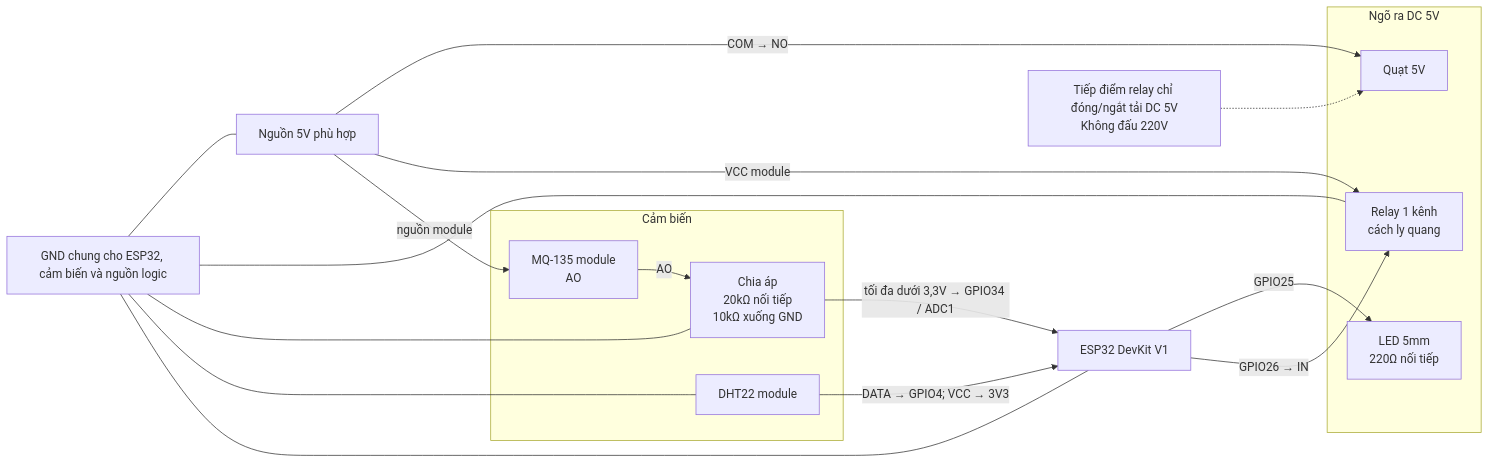
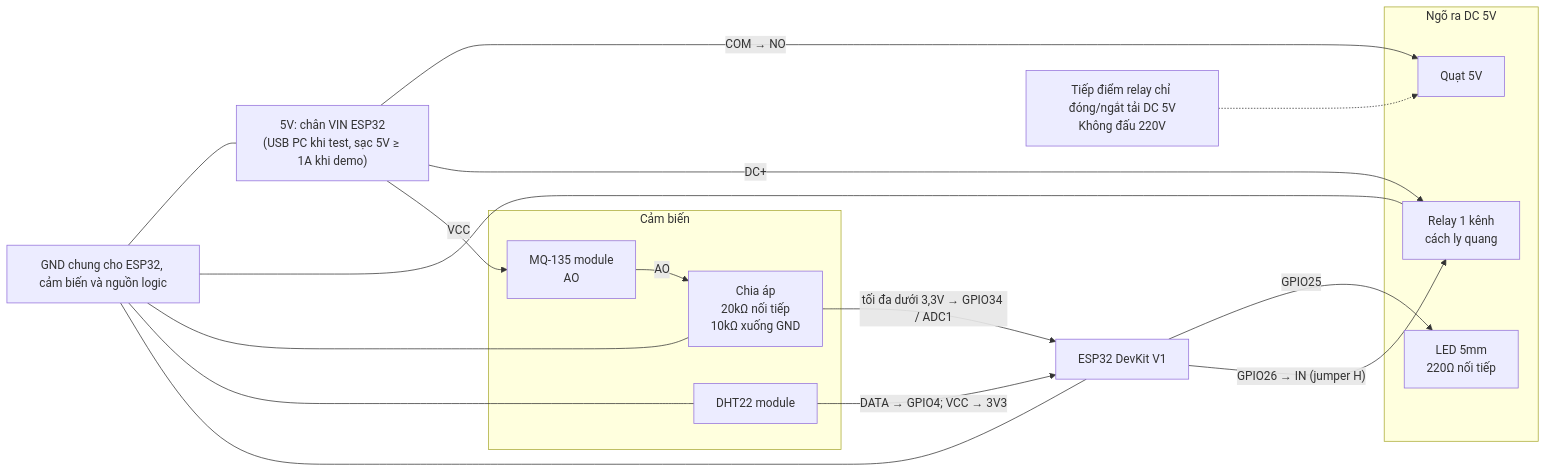
The diagram in hardware/wiring.mmd (Hafany1509/BTL-IOT_indoor-air-quality-iot), drawn with Mermaid before and after one commit. The commit also changed 5 other files, not shown here.

```diff
--- a/hardware/wiring.mmd
+++ b/hardware/wiring.mmd
@@ -1,29 +1,29 @@
 flowchart LR
     esp["ESP32 DevKit V1"]
 
     subgraph sensors["Cảm biến"]
         dht["DHT22 module"]
         mq["MQ-135 module<br/>AO"]
         divider["Chia áp<br/>20kΩ nối tiếp<br/>10kΩ xuống GND"]
     end
 
     subgraph outputs["Ngõ ra DC 5V"]
         relay["Relay 1 kênh<br/>cách ly quang"]
         fan["Quạt 5V"]
         led["LED 5mm<br/>220Ω nối tiếp"]
     end
 
     dht -->|"DATA → GPIO4; VCC → 3V3"| esp
     mq -->|"AO"| divider
     divider -->|"tối đa dưới 3,3V → GPIO34 / ADC1"| esp
-    esp -->|"GPIO26 → IN"| relay
+    esp -->|"GPIO26 → IN (jumper H)"| relay
     esp -->|"GPIO25"| led
-    supply["Nguồn 5V phù hợp"] -->|"nguồn module"| mq
-    supply -->|"VCC module"| relay
+    supply["5V: chân VIN ESP32<br/>(USB PC khi test, sạc 5V ≥ 1A khi demo)"] -->|"VCC"| mq
+    supply -->|"DC+"| relay
     supply -->|"COM → NO"| fan
     common["GND chung cho ESP32, cảm biến và nguồn logic"] --- esp
     common --- dht
     common --- divider
     common --- relay
     common --- supply
     isolated["Tiếp điểm relay chỉ đóng/ngắt tải DC 5V<br/>Không đấu 220V"] -.-> fan
```
